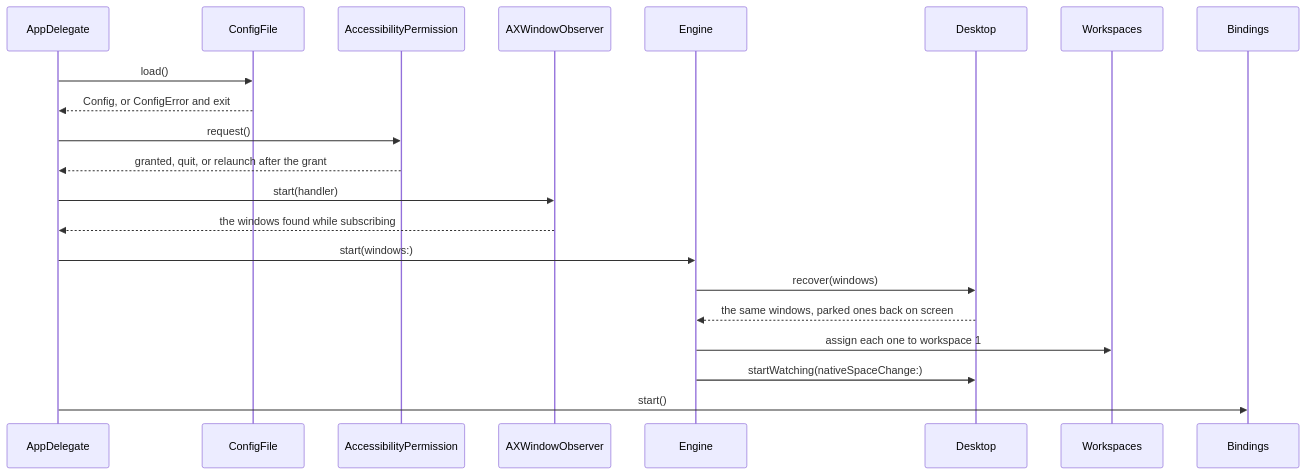
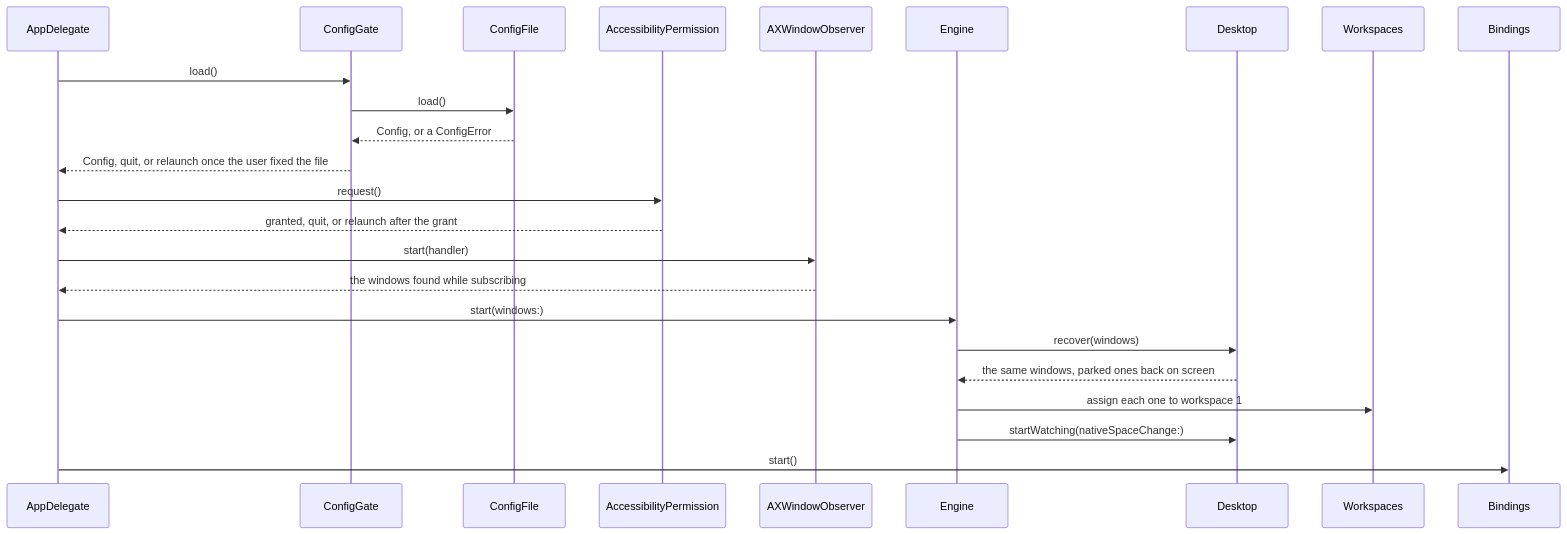
The seventh of 18 diagrams in ARCHITECTURE.md (brennovich/ottowm), drawn with Mermaid before and after one commit. The commit also changed other lines of this file and 4 other files, not shown here.

First line of the commit message:
Alert on a config error at boot

````diff
--- a/ARCHITECTURE.md
+++ b/ARCHITECTURE.md
@@ -173,15 +178,17 @@
 ```mermaid
 sequenceDiagram
-    AppDelegate->>ConfigFile: load()
-    ConfigFile-->>AppDelegate: Config, or ConfigError and exit
+    AppDelegate->>ConfigGate: load()
+    ConfigGate->>ConfigFile: load()
+    ConfigFile-->>ConfigGate: Config, or a ConfigError
+    ConfigGate-->>AppDelegate: Config, quit, or relaunch once the user fixed the file
     AppDelegate->>AccessibilityPermission: request()
     AccessibilityPermission-->>AppDelegate: granted, quit, or relaunch after the grant
     AppDelegate->>AXWindowObserver: start(handler)
     AXWindowObserver-->>AppDelegate: the windows found while subscribing
     AppDelegate->>Engine: start(windows:)
     Engine->>Desktop: recover(windows)
     Desktop-->>Engine: the same windows, parked ones back on screen
     Engine->>Workspaces: assign each one to workspace 1
     Engine->>Desktop: startWatching(nativeSpaceChange:)
     AppDelegate->>Bindings: start()
 ```
````
